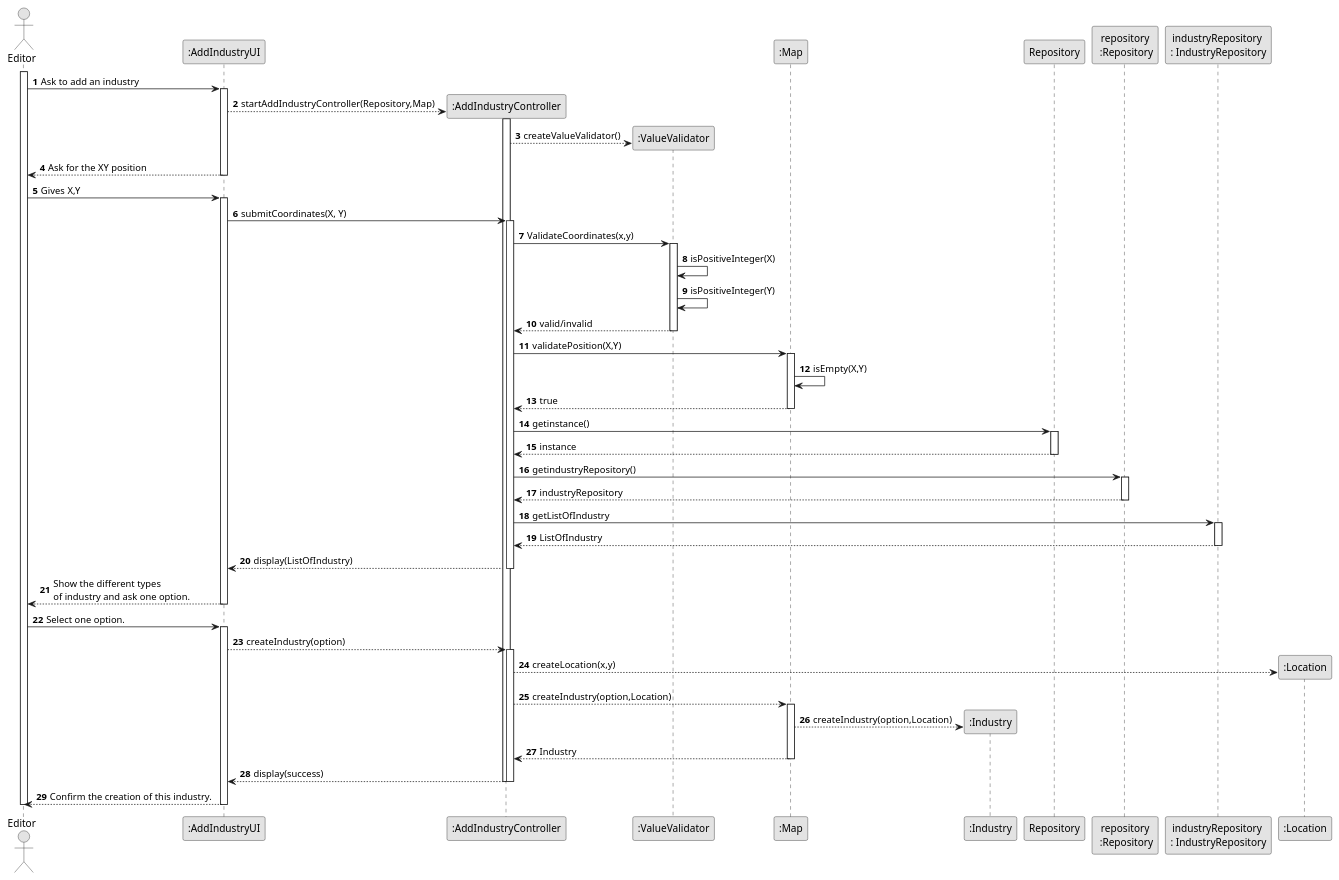
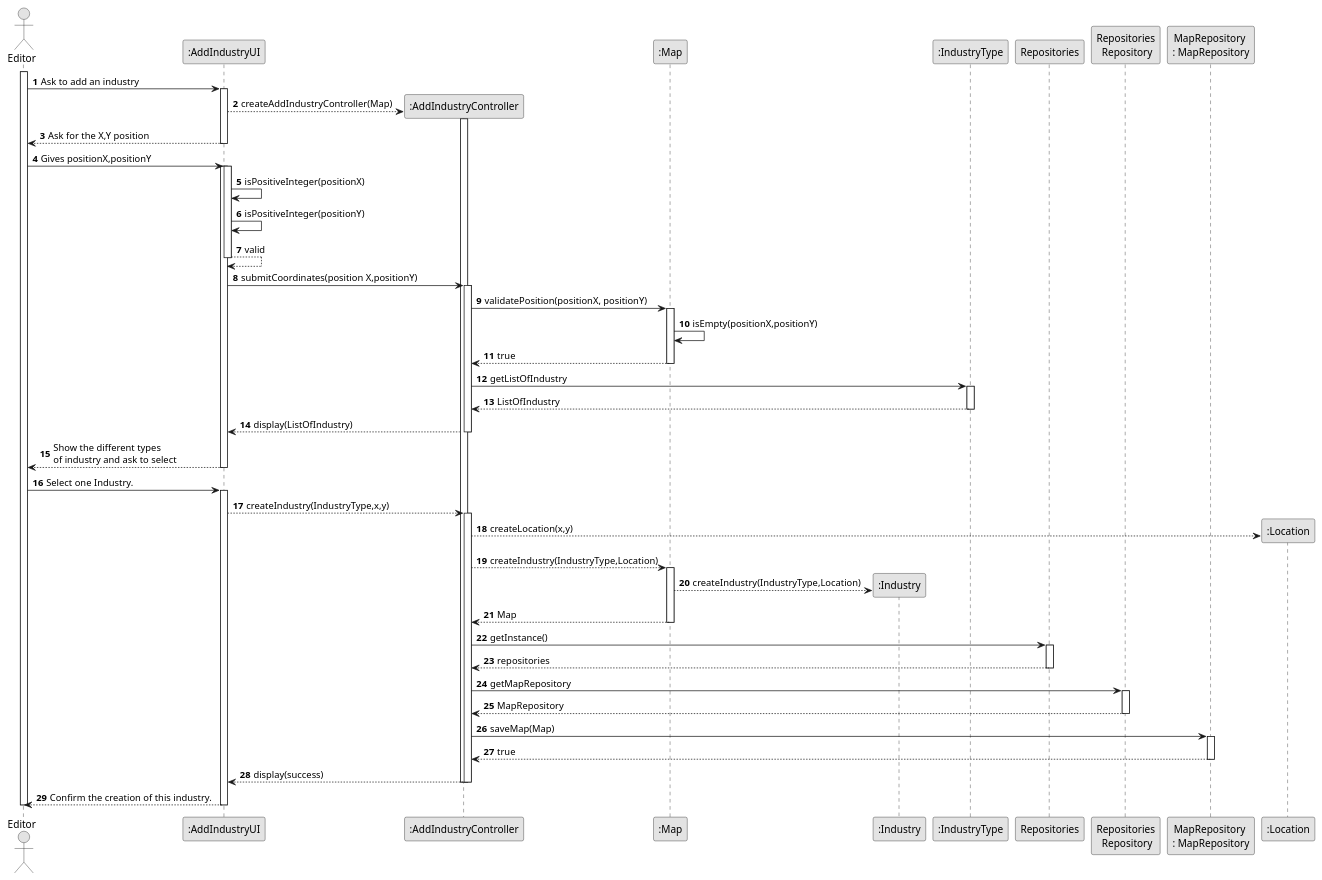
The diagram in docs/system-documentation/US002/03.design/puml/US002-SD-full.puml (1240826/empire-on-tracks), drawn with PlantUML before and after one commit. The commit also changed 3 other files, not shown here.

```diff
--- a/docs/system-documentation/US002/03.design/puml/US002-SD-full.puml
+++ b/docs/system-documentation/US002/03.design/puml/US002-SD-full.puml
@@ -1,89 +1,103 @@
 @startuml
 skinparam monochrome true
 skinparam packageStyle rectangle
 skinparam shadowing false
 
 autonumber
 
 actor "Editor" as Editor
 participant ":AddIndustryUI" as UI
 participant ":AddIndustryController" as Controller
-participant ":ValueValidator" as Validator
+
 participant ":Map" as Map
 participant ":Industry" as Industry
-participant "Repository" as Rep
-participant "repository\n :Repository" as Repo
-participant "industryRepository \n: IndustryRepository" as Repository
+participant ":IndustryType" as Type
+
+participant "Repositories" as Rep
+participant "Repositories\n Repository" as Repos
+participant "MapRepository \n: MapRepository" as Repository
+
 participant ":Location" as Location
 
 activate Editor
 
 Editor -> UI : Ask to add an industry
 activate UI
-UI --> Controller**: startAddIndustryController(Repository,Map)
+UI --> Controller**: createAddIndustryController(Map)
 activate Controller
-Controller-->Validator**:createValueValidator()
-
-
-UI --> Editor : Ask for the XY position
-deactivate UI
-
-Editor -> UI : Gives X,Y
-activate UI
-UI -> Controller : submitCoordinates(X, Y)
-
-activate Controller
-Controller->Validator:ValidateCoordinates(x,y)
-activate Validator
-Validator->Validator:isPositiveInteger(X)
-Validator->Validator:isPositiveInteger(Y)
-Validator-->Controller:valid/invalid
-deactivate Validator
 
 
 
-Controller->Map:validatePosition(X,Y)
+UI --> Editor : Ask for the X,Y position
+deactivate UI
+
+Editor -> UI : Gives positionX,positionY
+activate UI
+
+
+
+
+activate UI
+UI->UI:isPositiveInteger(positionX)
+UI->UI:isPositiveInteger(positionY)
+UI-->UI:valid
+deactivate UI
+UI -> Controller : submitCoordinates(position X,positionY)
+activate Controller
+
+
+
+
+Controller->Map:validatePosition(positionX, positionY)
 activate Map
-Map->Map:isEmpty(X,Y)
+Map->Map:isEmpty(positionX,positionY)
 Map-->Controller:true
 deactivate Map
-Controller->Rep:getinstance()
-activate Rep
-Rep-->Controller:instance
-deactivate Rep
-Controller ->Repo:getindustryRepository()
-activate Repo
-Repo-->Controller:industryRepository
-deactivate Repo
-Controller->Repository:getListOfIndustry
-activate Repository
-Repository-->Controller:ListOfIndustry
-deactivate Repository
+Controller->Type:getListOfIndustry
+activate Type
+Type-->Controller:ListOfIndustry
+deactivate Type
 Controller-->UI: display(ListOfIndustry)
 deactivate Controller
-UI-->Editor:Show the different types \nof industry and ask one option.
+UI-->Editor:Show the different types \nof industry and ask to select
 deactivate UI
-Editor->UI:Select one option.
+Editor->UI:Select one Industry.
 activate UI
-UI-->Controller: createIndustry(option)
+UI-->Controller: createIndustry(IndustryType,x,y)
 activate Controller
 Controller-->Location**:createLocation(x,y)
-Controller-->Map: createIndustry(option,Location)
+Controller-->Map: createIndustry(IndustryType,Location)
 activate Map
-Map-->Industry**:createIndustry(option,Location)
-Map-->Controller:Industry
+Map-->Industry**:createIndustry(IndustryType,Location)
+Map-->Controller:Map
 deactivate Map
+
+            Controller->Rep: getInstance()
+            activate Rep
+
+            Rep-->Controller:repositories
+            deactivate Rep
+            Controller->Repos:getMapRepository
+            activate Repos
+            Repos--> Controller:MapRepository
+            deactivate Repos
+
+            Controller->Repository:saveMap(Map)
+            activate Repository
+            Repository-->Controller:true
+            deactivate Repository
+
 
 Controller-->UI: display(success)
 deactivate Controller
 deactivate Controller
 UI-->Editor:Confirm the creation of this industry.
 deactivate UI
 
 
 
 
 
 
 deactivate Editor
 @enduml
```
